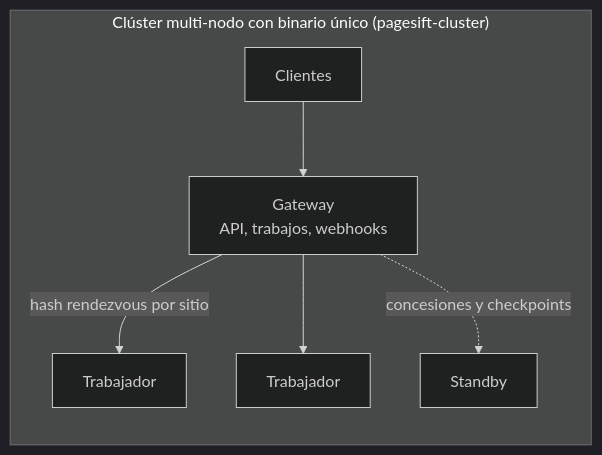
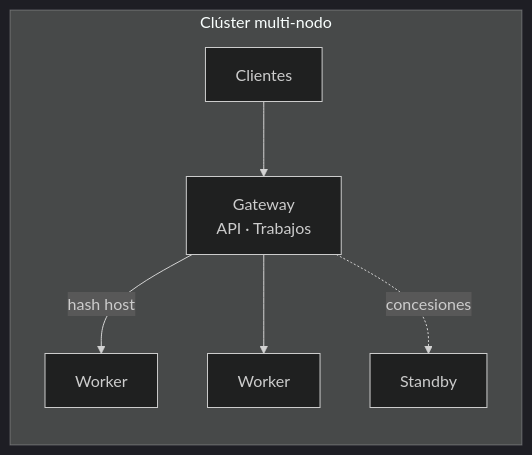
The fourth of 4 diagrams in docs/README.es.md (YOLOW92/pagesift), drawn with Mermaid (dark theme) before and after one commit. The commit also changed other lines of this file and 104 other files, not shown here.

````diff
--- a/docs/README.es.md
+++ b/docs/README.es.md
@@ -209,9 +192,9 @@
 ```mermaid
 flowchart LR
-    subgraph Fleet["Clúster multi-nodo con binario único (pagesift-cluster)"]
-        C[Clientes] --> G[Gateway<br/>API, trabajos, webhooks]
-        G -->|hash rendezvous por sitio| W1[Trabajador]
-        G --> W2[Trabajador]
-        G -.->|concesiones y checkpoints| S[Standby]
+    subgraph Fleet["Clúster multi-nodo"]
+        C["Clientes"] --> G["Gateway<br/>API · Trabajos"]
+        G -->|hash host| W1["Worker"]
+        G --> W2["Worker"]
+        G -.->|concesiones| S["Standby"]
     end
 ```
````
